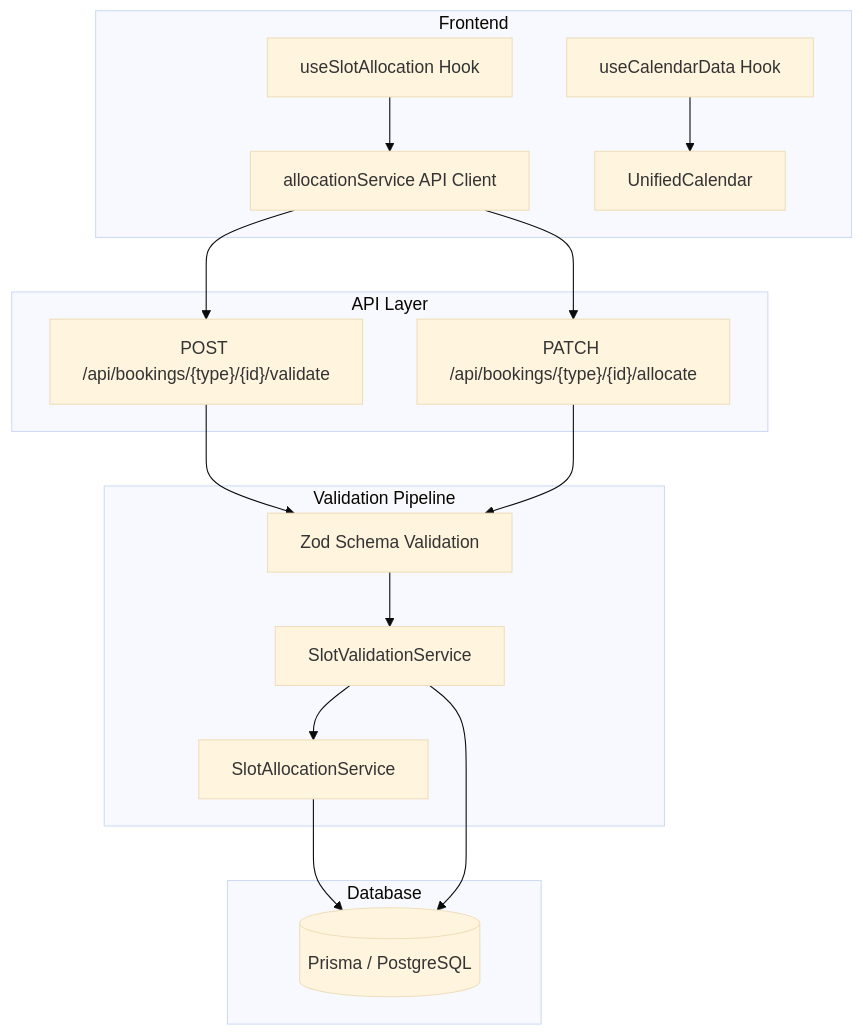
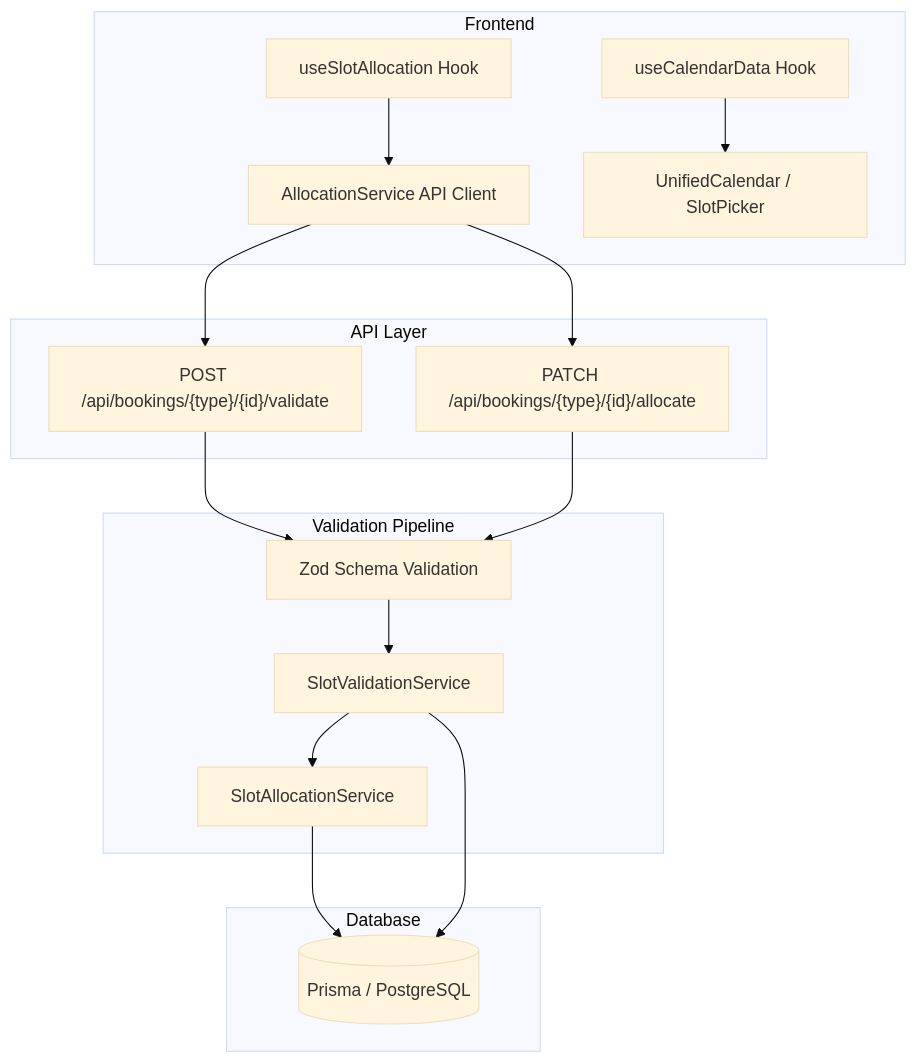
Before and after one commit to Practitionist/familiarise_web: the diagram in docs/booking/README.md, drawn with Mermaid (base theme). The commit also changed other lines of this file, not shown here.

````diff
--- a/docs/booking/README.md
+++ b/docs/booking/README.md
@@ -5,24 +5,24 @@
 ```mermaid
 graph TD
     subgraph Frontend
-        A[useSlotAllocation Hook] --> B[allocationService API Client]
-        C[useCalendarData Hook] --> D[UnifiedCalendar]
+        A[useSlotAllocation Hook] --> B[AllocationService API Client]
+        C[useCalendarData Hook] --> D[UnifiedCalendar / SlotPicker]
     end
 
     subgraph "API Layer"
         B --> E["POST /api/bookings/{type}/{id}/validate"]
         B --> F["PATCH /api/bookings/{type}/{id}/allocate"]
     end
 
     subgraph "Validation Pipeline"
         E --> G[Zod Schema Validation]
         F --> G
         G --> H[SlotValidationService]
         H --> I[SlotAllocationService]
     end
 
     subgraph "Database"
         I --> J[(Prisma / PostgreSQL)]
         H --> J
     end
 ```
````
